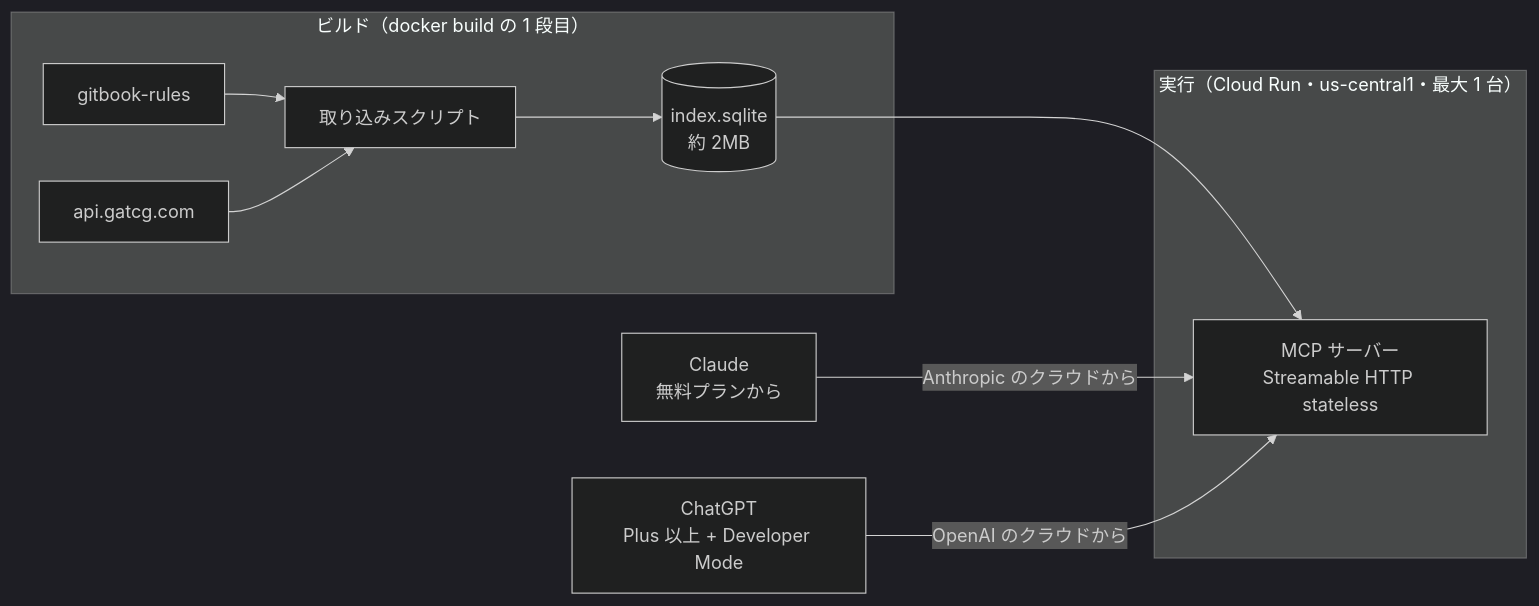
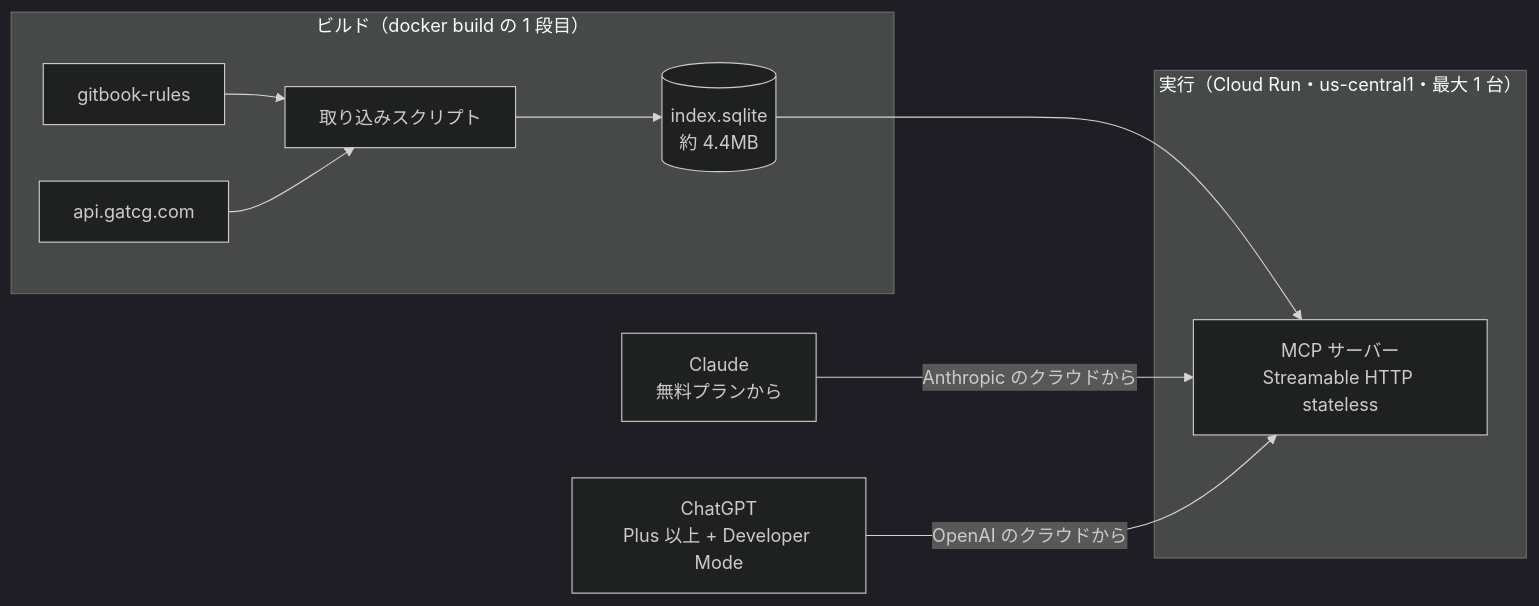
One commit to Luna-rab/ga-rules changed the first of 5 diagrams in DESIGN.md. Above: the diagram before and after it, drawn with Mermaid (dark theme). The commit also changed other lines of this file, not shown here.

````diff
--- a/DESIGN.md
+++ b/DESIGN.md
@@ -35,13 +35,13 @@
 ```mermaid
 flowchart LR
     subgraph ビルド["ビルド（docker build の 1 段目）"]
         G[gitbook-rules] --> B[取り込みスクリプト]
         A[api.gatcg.com] --> B
-        B --> DB[(index.sqlite<br/>約 2MB)]
+        B --> DB[(index.sqlite<br/>約 4.4MB)]
     end
     subgraph 実行["実行（Cloud Run・us-central1・最大 1 台）"]
         DB --> S[MCP サーバー<br/>Streamable HTTP stateless]
     end
     U1[Claude<br/>無料プランから] -->|Anthropic のクラウドから| S
     U2[ChatGPT<br/>Plus 以上 + Developer Mode] -->|OpenAI のクラウドから| S
 ```
````
